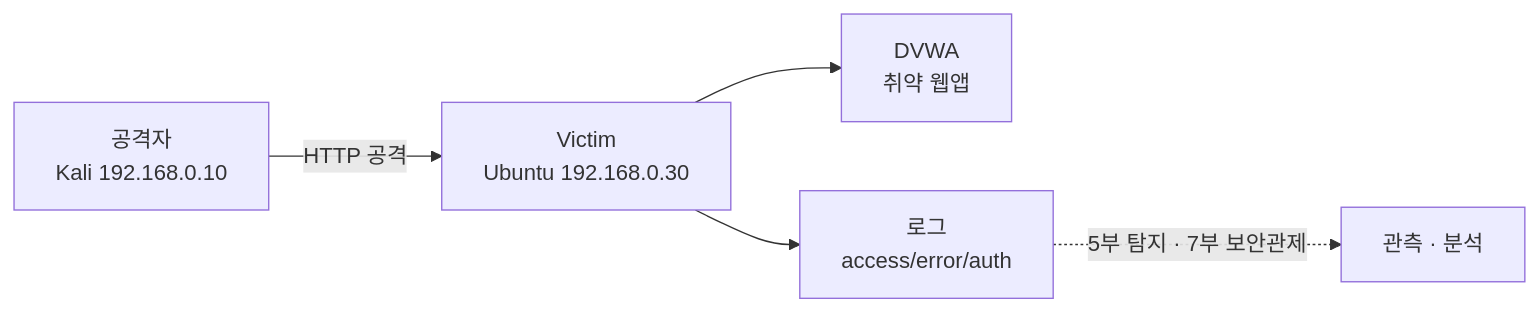
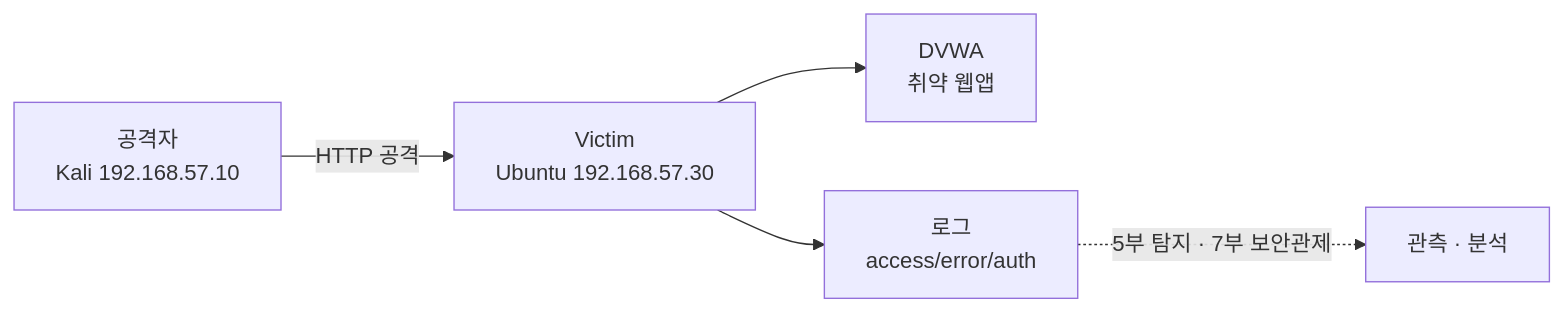
One commit to sbaek100/sbaek100.github.io changed the diagram in _posts/1.응용강의/aiwebsec/2026-06-10-aiwebsec-05-victim-build.md. Above: the diagram before and after it, drawn with Mermaid. The commit also changed other lines of this file and 518 other files, not shown here.

````diff
--- a/_posts/1.응용강의/aiwebsec/2026-06-10-aiwebsec-05-victim-build.md
+++ b/_posts/1.응용강의/aiwebsec/2026-06-10-aiwebsec-05-victim-build.md
@@ -36,7 +36,7 @@
 ```mermaid
 flowchart LR
-    A["공격자<br/>Kali 192.168.0.10"] -->|"HTTP 공격"| B["Victim<br/>Ubuntu 192.168.0.30"]
+    A["공격자<br/>Kali 192.168.57.10"] -->|"HTTP 공격"| B["Victim<br/>Ubuntu 192.168.57.30"]
     B --> C["DVWA<br/>취약 웹앱"]
     B --> D["로그<br/>access/error/auth"]
     D -.->|"5부 탐지 · 7부 보안관제"| E["관측 · 분석"]
 ```
````
